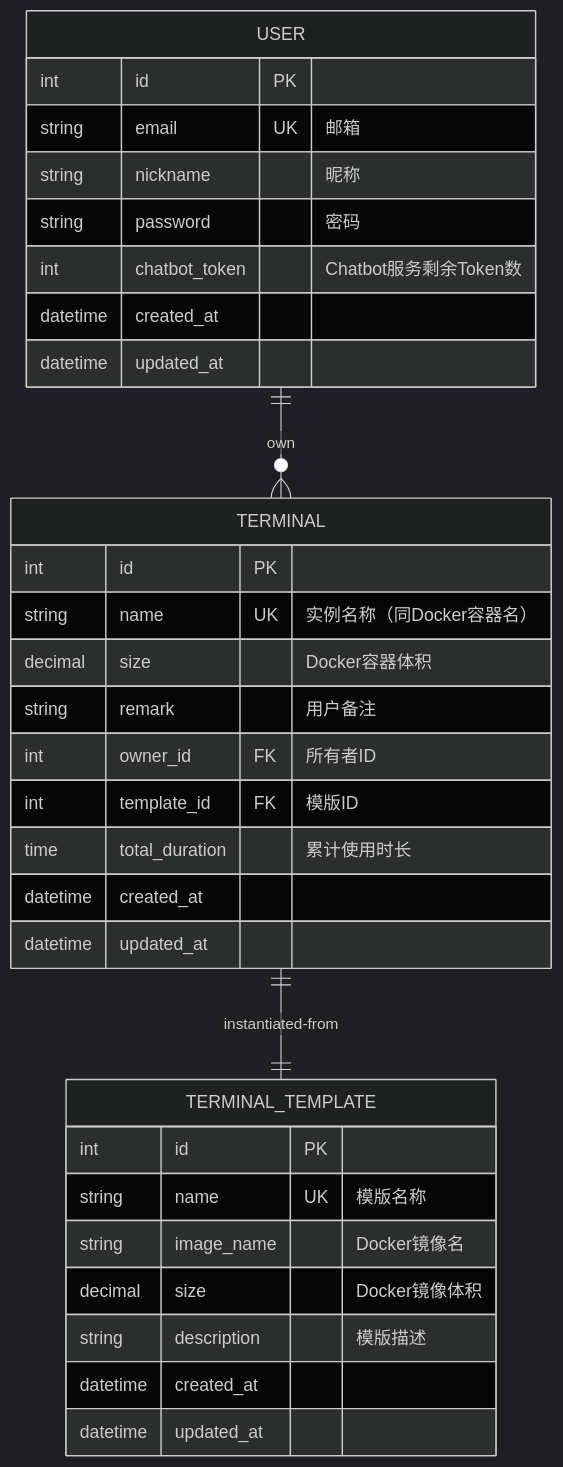
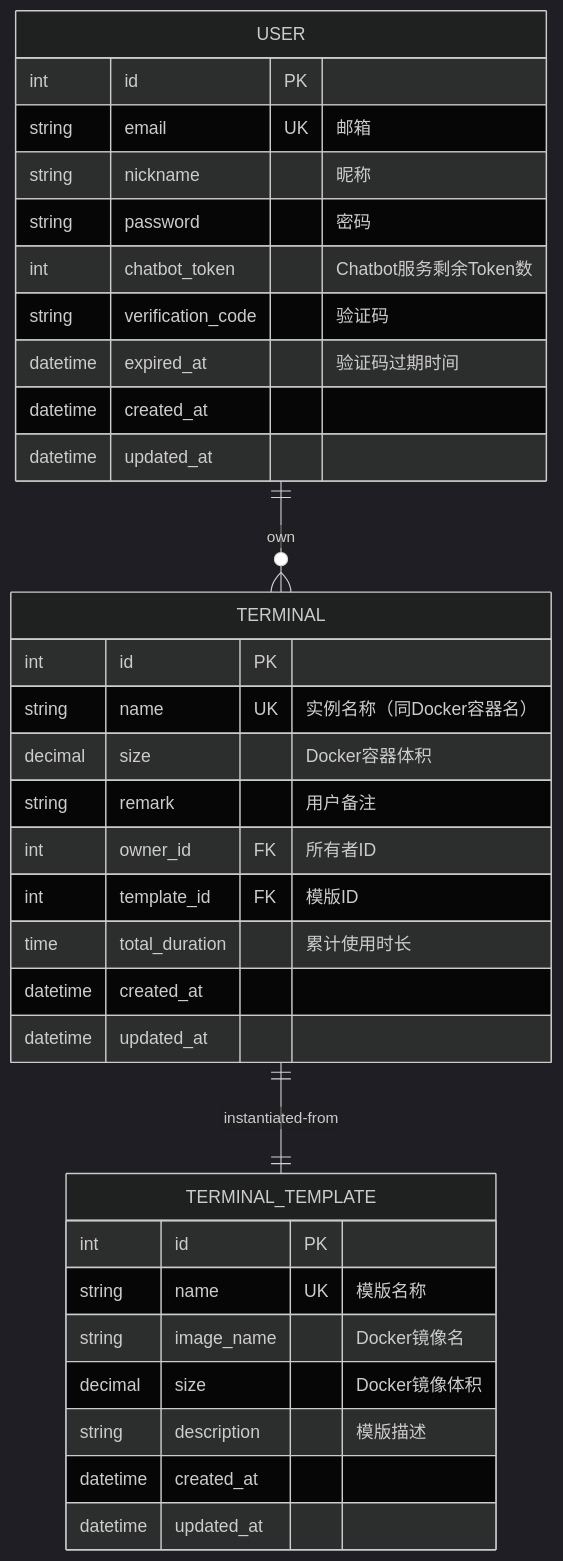
The second of 2 diagrams in README.md (Banana-Boat/terryminal-be), drawn with Mermaid (dark theme) before and after one commit. The commit also changed 4 other files, not shown here.

````diff
--- a/README.md
+++ b/README.md
@@ -38,34 +38,38 @@
 ```mermaid
 erDiagram
     USER ||--o{ TERMINAL : own
     TERMINAL ||--|| TERMINAL_TEMPLATE : instantiated-from
     USER {
         int id PK
         string email UK "邮箱"
         string nickname "昵称"
         string password "密码"
         int chatbot_token "Chatbot服务剩余Token数"
+        string verification_code "验证码"
+        datetime expired_at "验证码过期时间"
         datetime created_at
         datetime updated_at
     }
     TERMINAL {
         int id PK
         string name UK "实例名称（同Docker容器名）"
         decimal size "Docker容器体积"
         string remark "用户备注"
         int owner_id FK "所有者ID"
         int template_id FK "模版ID"
         time total_duration "累计使用时长"
         datetime created_at
         datetime updated_at
     }
     TERMINAL_TEMPLATE {
         int id PK
         string name UK "模版名称"
         string image_name "Docker镜像名"
         decimal size "Docker镜像体积"
         string description "模版描述"
         datetime created_at
         datetime updated_at
     }
+
+
 ```
````
